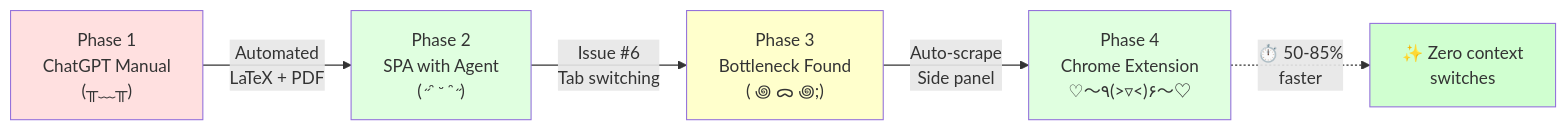
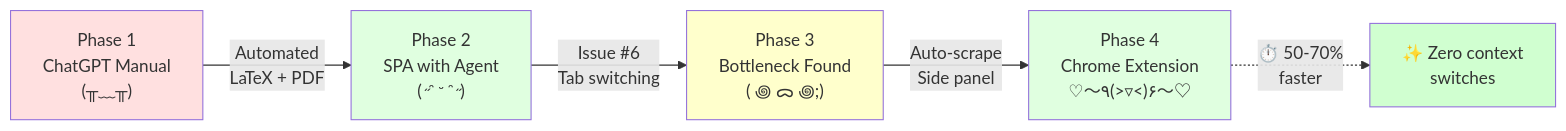
One commit to Yurui-Feng/Resume-Tailor-Agent-using-strands changed the diagram in README.md. Above: the diagram before and after it, drawn with Mermaid. The commit also changed other lines of this file and 1 other file, not shown here.

````diff
--- a/README.md
+++ b/README.md
@@ -9,19 +9,19 @@
 ```mermaid
 graph LR
     P1["Phase 1<br/>ChatGPT Manual<br/>(╥﹏╥)"]
     P2["Phase 2<br/>SPA with Agent<br/>(˶ᵔ ᵕ ᵔ˶)"]
     P3["Phase 3<br/>Bottleneck Found<br/>( ꩜ ᯅ ꩜;)"]
     P4["Phase 4<br/>Chrome Extension<br/>♡〜٩(˃▿˂)۶〜♡"]
 
     P1 -->|"Automated<br/>LaTeX + PDF"| P2
     P2 -->|"Issue #6<br/>Tab switching"| P3
     P3 -->|"Auto-scrape<br/>Side panel"| P4
 
-    P4 -.->|"⏱️ 50-85%<br/>faster"| RESULT["✨ Zero context<br/>switches"]
+    P4 -.->|"⏱️ 50-70%<br/>faster"| RESULT["✨ Zero context<br/>switches"]
 
     style P1 fill:#ffe0e0
     style P2 fill:#e0ffe0
     style P3 fill:#ffffcc
     style P4 fill:#e0ffe0
     style RESULT fill:#d0ffd0
 ```
````
